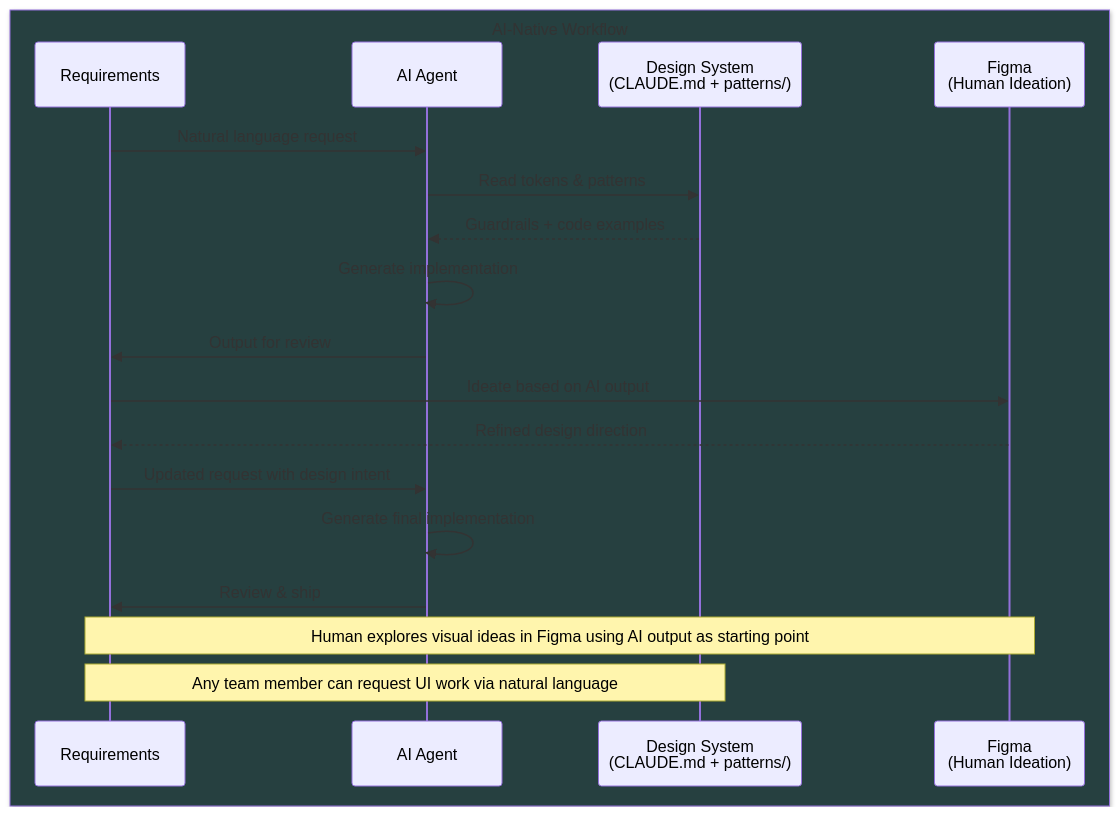
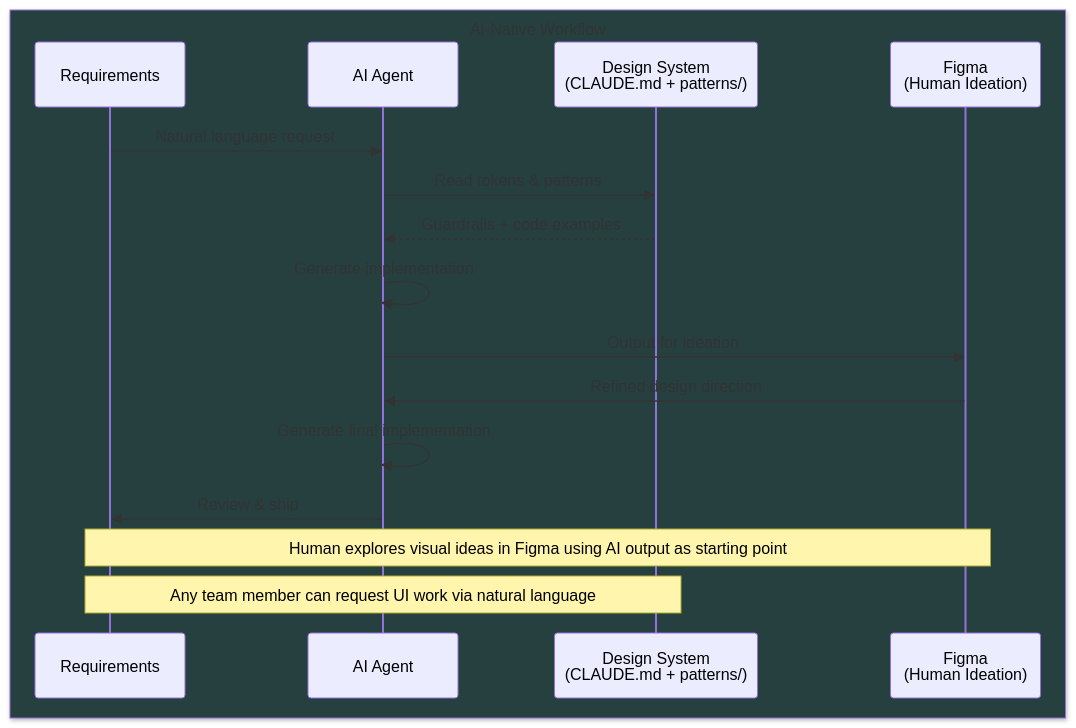
One commit to YutoNakano/torico-design-system changed the second of 3 diagrams in README.md. Above: the diagram before and after it, drawn with Mermaid. The commit also changed other lines of this file, not shown here.

First line of the commit message:
Restructure README: prioritize motivation, add AI guardrails problem diagram, simplify workflow

````diff
--- a/README.md
+++ b/README.md
@@ -11,22 +51,20 @@
 ```mermaid
 sequenceDiagram
     box rgb(38,64,64) AI-Native Workflow
     participant R as Requirements
     participant AI as AI Agent
     participant DS as Design System<br/>(CLAUDE.md + patterns/)
     participant F as Figma<br/>(Human Ideation)
     end
 
     R->>AI: Natural language request
     AI->>DS: Read tokens & patterns
     DS-->>AI: Guardrails + code examples
     AI->>AI: Generate implementation
-    AI->>R: Output for review
-    R->>F: Ideate based on AI output
-    F-->>R: Refined design direction
-    R->>AI: Updated request with design intent
+    AI->>F: Output for ideation
+    F->>AI: Refined design direction
     AI->>AI: Generate final implementation
     AI->>R: Review & ship
     Note over R,F: Human explores visual ideas in Figma using AI output as starting point
     Note over R,DS: Any team member can request UI work via natural language
 ```
````
